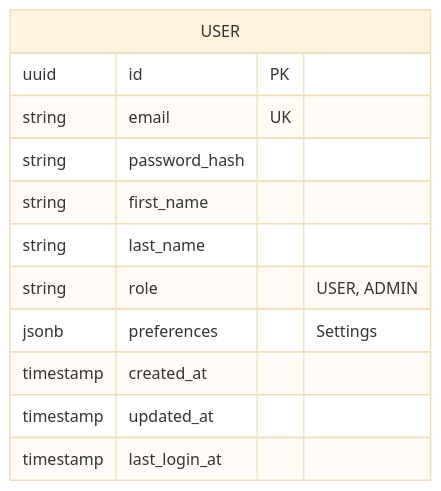
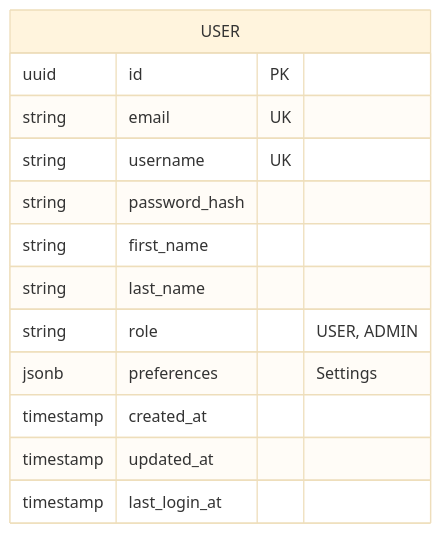
Before and after one commit to garcios/portfolio-insights: the second of 2 diagrams in services/user-service/SYSTEM_DESIGN.md, drawn with Mermaid (base theme). The commit also changed 37 other files, not shown here.

Commit message:
feat: Add first and last name to user registration, user profile, and database schema.

````diff
--- a/services/user-service/SYSTEM_DESIGN.md
+++ b/services/user-service/SYSTEM_DESIGN.md
@@ -62,15 +62,16 @@
 ```mermaid
 erDiagram
     USER {
         uuid id PK
         string email UK
+        string username UK
         string password_hash
         string first_name
         string last_name
         string role "USER, ADMIN"
         jsonb preferences "Settings"
         timestamp created_at
         timestamp updated_at
         timestamp last_login_at
     }
 ```
````
